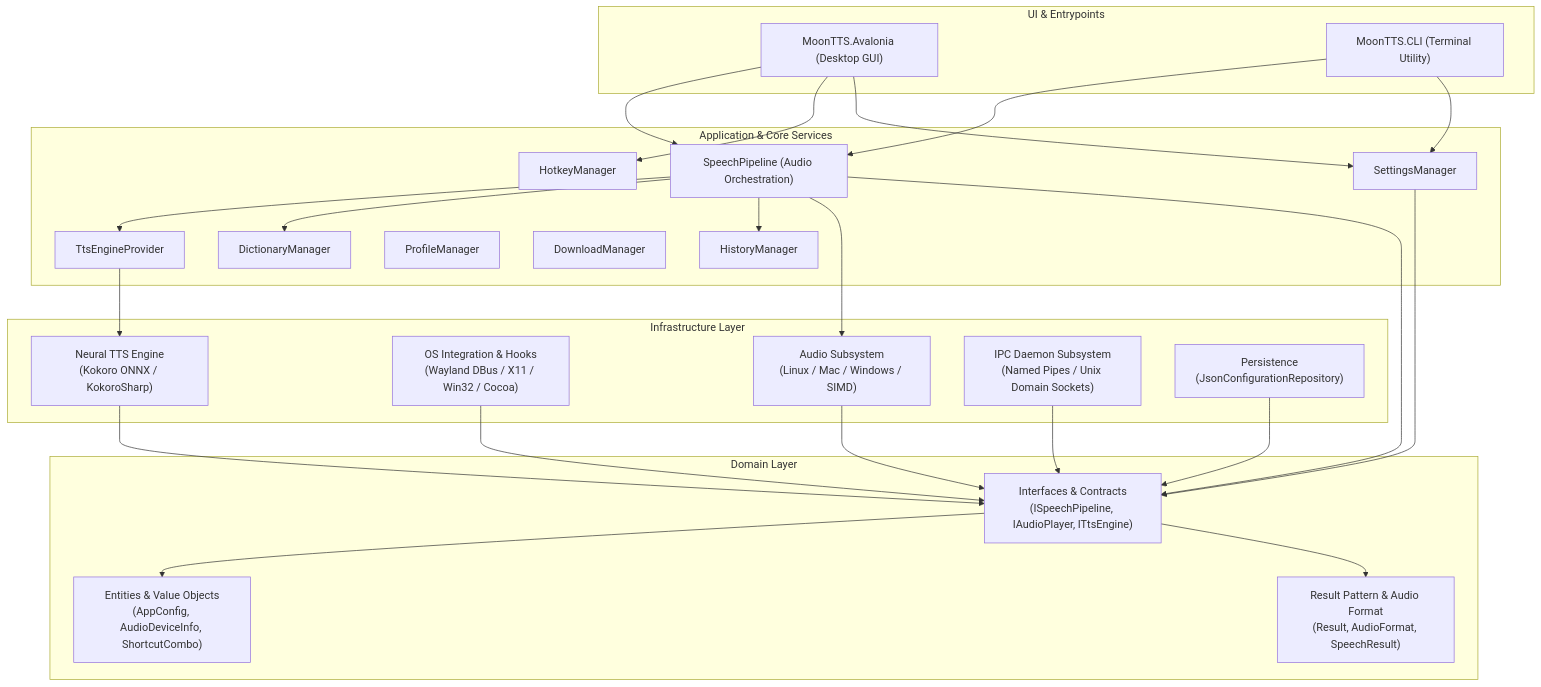
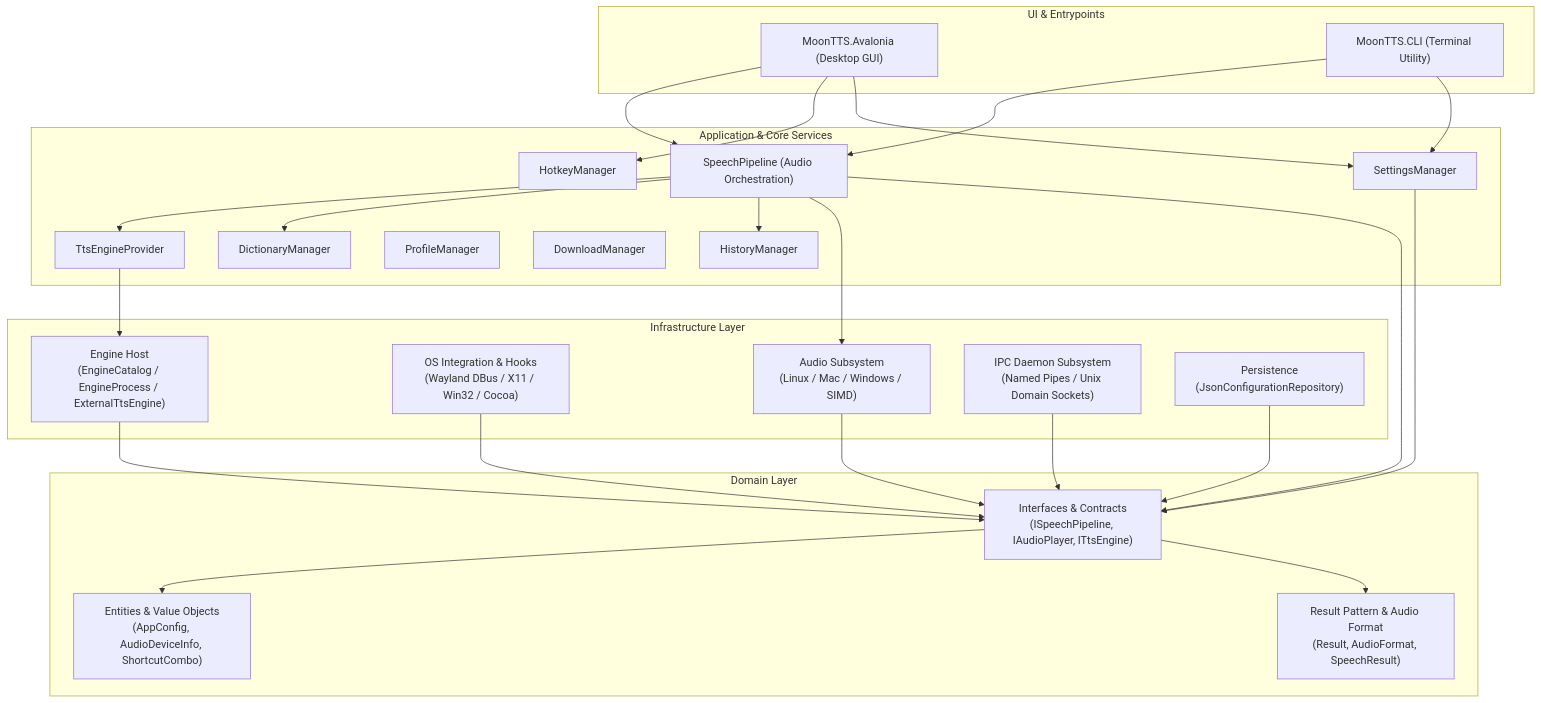
The first of 3 diagrams in MoonTTS.md (EzeRodas/mtts-claude-test), drawn with Mermaid before and after one commit. The commit also changed other lines of this file and 60 other files, not shown here.

````diff
--- a/MoonTTS.md
+++ b/MoonTTS.md
@@ -41,55 +41,55 @@
 ```mermaid
 flowchart TD
     subgraph UI & Entrypoints
         Avalonia["MoonTTS.Avalonia (Desktop GUI)"]
         CLI["MoonTTS.CLI (Terminal Utility)"]
     end
 
     subgraph Infrastructure Layer
         InfraAudio["Audio Subsystem\n(Linux / Mac / Windows / SIMD)"]
         InfraOS["OS Integration & Hooks\n(Wayland DBus / X11 / Win32 / Cocoa)"]
-        InfraTTS["Neural TTS Engine\n(Kokoro ONNX / KokoroSharp)"]
+        InfraTTS["Engine Host\n(EngineCatalog / EngineProcess / ExternalTtsEngine)"]
         InfraDaemon["IPC Daemon Subsystem\n(Named Pipes / Unix Domain Sockets)"]
         InfraPersist["Persistence\n(JsonConfigurationRepository)"]
     end
 
     subgraph Application & Core Services
         SpeechPipeline["SpeechPipeline (Audio Orchestration)"]
         SettingsMgr["SettingsManager"]
         HotkeyMgr["HotkeyManager"]
         DictMgr["DictionaryManager"]
         HistMgr["HistoryManager"]
         ProfileMgr["ProfileManager"]
         DownloaderMgr["DownloadManager"]
         EngineProvider["TtsEngineProvider"]
     end
 
     subgraph Domain Layer
         Entities["Entities & Value Objects\n(AppConfig, AudioDeviceInfo, ShortcutCombo)"]
         Contracts["Interfaces & Contracts\n(ISpeechPipeline, IAudioPlayer, ITtsEngine)"]
         Common["Result Pattern & Audio Format\n(Result<T>, AudioFormat, SpeechResult)"]
     end
 
     Avalonia --> SpeechPipeline
     Avalonia --> HotkeyMgr
     Avalonia --> SettingsMgr
     CLI --> SpeechPipeline
     CLI --> SettingsMgr
 
     SpeechPipeline --> EngineProvider
     SpeechPipeline --> DictMgr
     SpeechPipeline --> HistMgr
     SpeechPipeline --> InfraAudio
     EngineProvider --> InfraTTS
 
     InfraAudio --> Contracts
     InfraOS --> Contracts
     InfraTTS --> Contracts
     InfraDaemon --> Contracts
     InfraPersist --> Contracts
 
     SpeechPipeline --> Contracts
     SettingsMgr --> Contracts
     Contracts --> Entities
     Contracts --> Common
 ```
````
